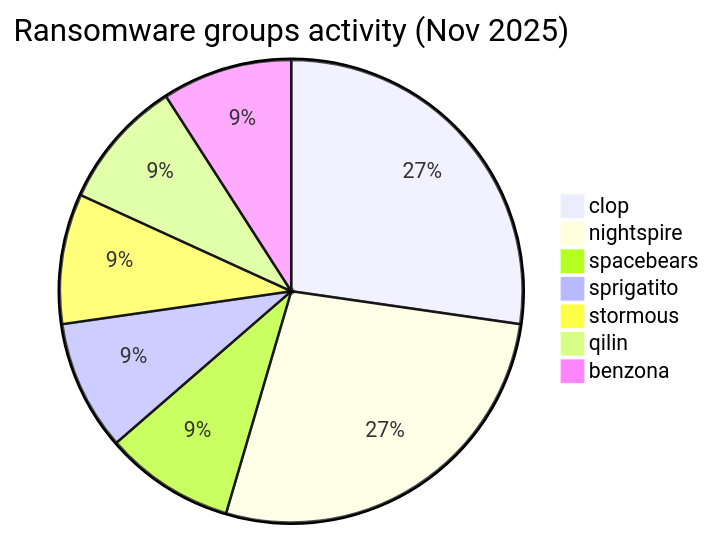
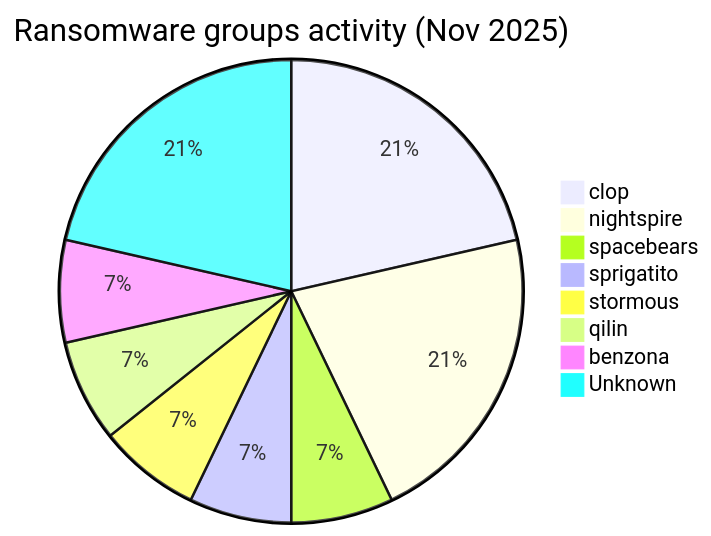
One commit to Hatchepsoute/AFRINTEL changed the first of 4 diagrams in CyberAttackAfrica/2025/11-november/README.md. Above: the diagram before and after it, drawn with Mermaid. The commit also changed other lines of this file and 255 other files, not shown here.

````diff
--- a/CyberAttackAfrica/2025/11-november/README.md
+++ b/CyberAttackAfrica/2025/11-november/README.md
@@ -42,10 +43,11 @@
 ```mermaid
 pie title Ransomware groups activity (Nov 2025)
     "clop" : 3
     "nightspire" : 3
     "spacebears" : 1
     "sprigatito" : 1
     "stormous" : 1
     "qilin" : 1
     "benzona" : 1
+    "Unknown" : 3
 ```
````
